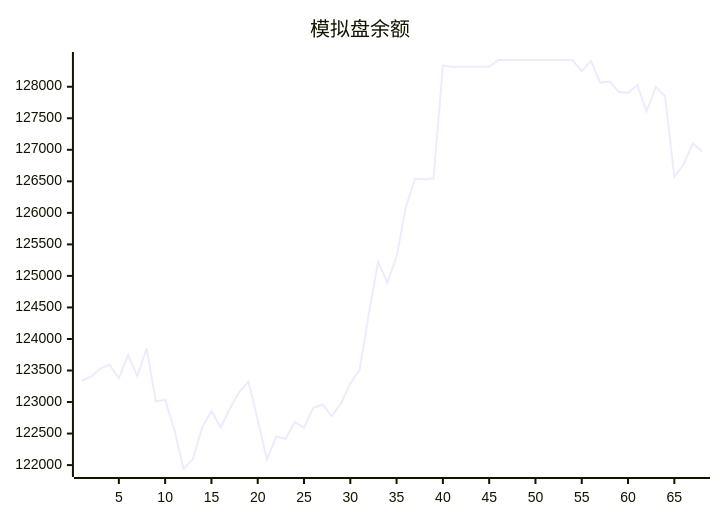
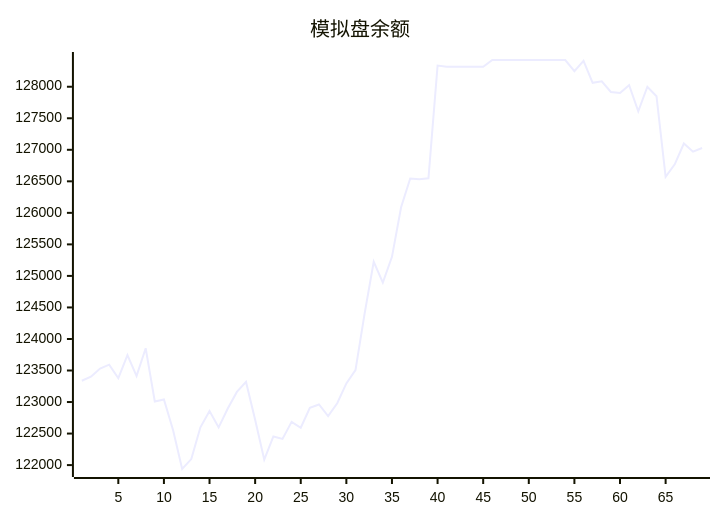
The diagram in trading/README.md (aahl/mcp-aktools), drawn with Mermaid before and after one commit. The commit also changed other lines of this file and 1 other file, not shown here.

````diff
--- a/trading/README.md
+++ b/trading/README.md
@@ -3,5 +3,5 @@
 ```mermaid
 xychart
     title "模拟盘余额"
-    line [123338,123402,123530,123592,123378,123745,123413,123853,123009,123040,122557,121938,122095,122599,122856,122597,122898,123160,123319,122719,122087,122454,122416,122685,122592,122907,122961,122776,122981,123295,123507,124403,125224,124894,125303,126088,126544,126534,126549,128335,128318,128318,128318,128318,128318,128424,128424,128424,128424,128424,128424,128424,128424,128424,128247,128412,128062,128087,127917,127901,128026,127611,128000,127850,126572,126770,127100,126971]
+    line [123338,123402,123530,123592,123378,123745,123413,123853,123009,123040,122557,121938,122095,122599,122856,122597,122898,123160,123319,122719,122087,122454,122416,122685,122592,122907,122961,122776,122981,123295,123507,124403,125224,124894,125303,126088,126544,126534,126549,128335,128318,128318,128318,128318,128318,128424,128424,128424,128424,128424,128424,128424,128424,128424,128247,128412,128062,128087,127917,127901,128026,127611,128000,127850,126572,126770,127100,126971,127029]
 ```
````
